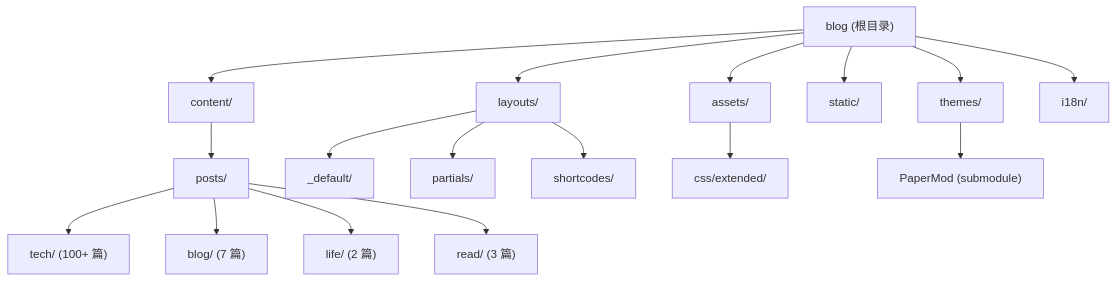
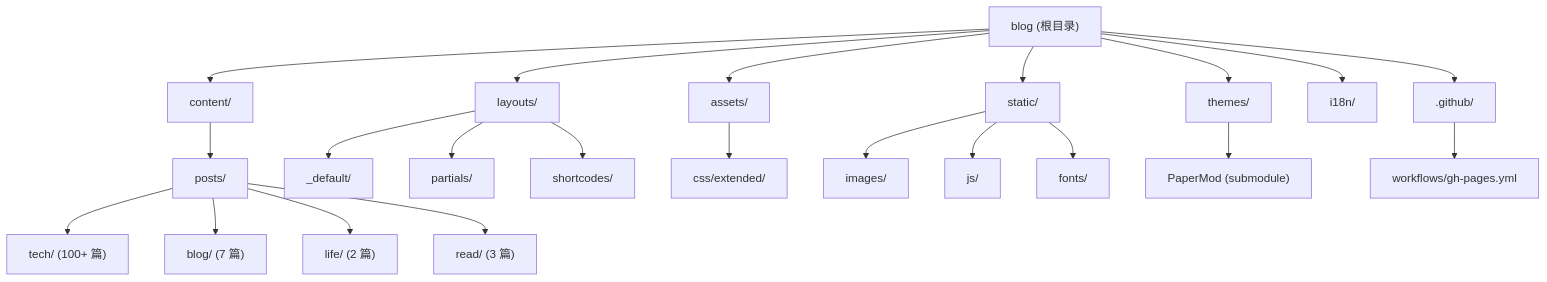
One commit to lvbibir/lvbibir.github.io changed the diagram in CLAUDE.md. Above: the diagram before and after it, drawn with Mermaid. The commit also changed other lines of this file and 4 other files, not shown here.

````diff
--- a/CLAUDE.md
+++ b/CLAUDE.md
@@ -22,27 +31,34 @@
 ```mermaid
 graph TD
     A["blog (根目录)"] --> B["content/"]
     A --> C["layouts/"]
     A --> D["assets/"]
     A --> E["static/"]
     A --> F["themes/"]
     A --> G["i18n/"]
+    A --> H[".github/"]
 
     B --> B1["posts/"]
     B1 --> B1a["tech/ (100+ 篇)"]
     B1 --> B1b["blog/ (7 篇)"]
     B1 --> B1c["life/ (2 篇)"]
     B1 --> B1d["read/ (3 篇)"]
 
     C --> C1["_default/"]
     C --> C2["partials/"]
     C --> C3["shortcodes/"]
 
     D --> D1["css/extended/"]
 
+    E --> E1["images/"]
+    E --> E2["js/"]
+    E --> E3["fonts/"]
+
     F --> F1["PaperMod (submodule)"]
+
+    H --> H1["workflows/gh-pages.yml"]
 
     click B "./.claude/docs/content.md" "查看 content 模块文档"
     click C "./.claude/docs/layouts.md" "查看 layouts 模块文档"
     click D1 "./.claude/docs/css-extended.md" "查看 CSS 模块文档"
 ```
````
